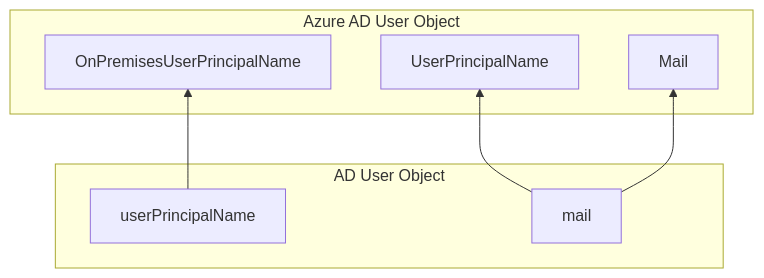
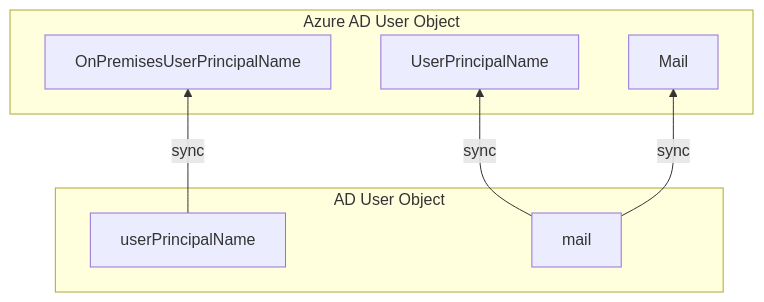
The diagram in doc/AAD-CertificateBasedAuthentication-DODPKI.md (amasse3/AzureAD-Baseline-MLZ), drawn with Mermaid before and after one commit.

Commit message:
updated sync arrows

`````diff
--- a/doc/AAD-CertificateBasedAuthentication-DODPKI.md
+++ b/doc/AAD-CertificateBasedAuthentication-DODPKI.md
@@ -28,15 +28,15 @@
 ````mermaid
 flowchart BT
     subgraph Azure AD User Object
     UserPrincipalName
     OnPremisesUserPrincipalName
     Mail
     end
     subgraph AD User Object
     userPrincipalName
     mail
     end
-    userPrincipalName-->OnPremisesUserPrincipalName
-    mail-->UserPrincipalName
-    mail-->Mail
+    userPrincipalName--sync-->OnPremisesUserPrincipalName
+    mail--sync-->UserPrincipalName
+    mail--sync-->Mail
 ````
`````
